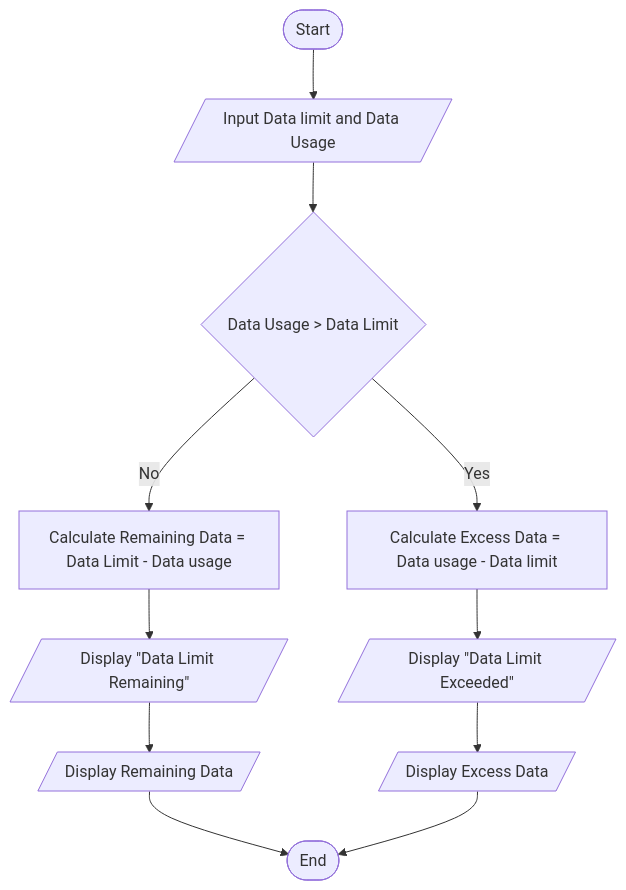
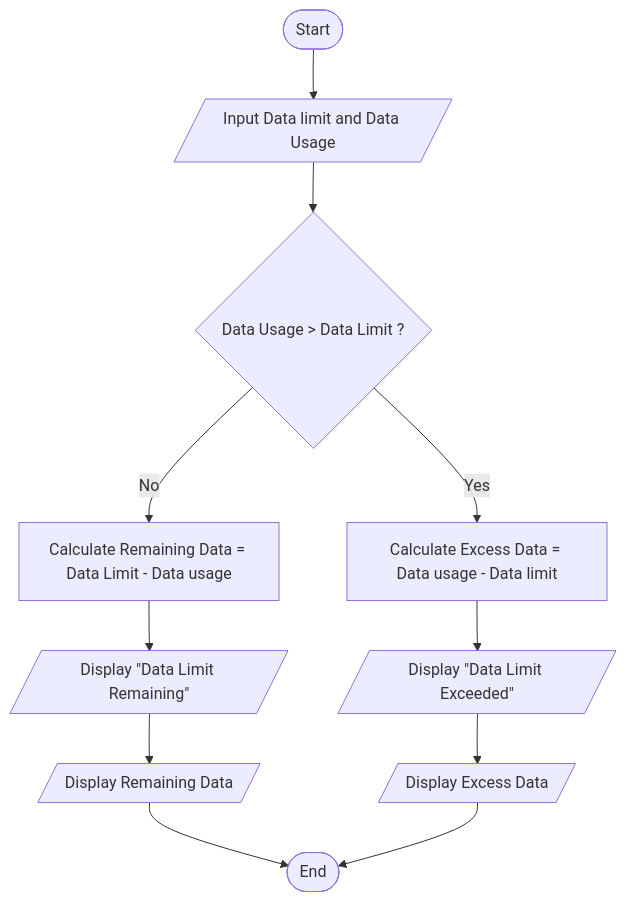
One commit to Padmaqaauto/Flowchart_and_Pseudocode changed the diagram in Algorithms/Mobile_Data.md. Above: the diagram before and after it, drawn with Mermaid. The commit also changed 12 other files, not shown here.

````diff
--- a/Algorithms/Mobile_Data.md
+++ b/Algorithms/Mobile_Data.md
@@ -39,16 +39,16 @@
 ```mermaid
 
 flowchart TD
 
     A(["Start"]) --> B[/Input Data limit and Data Usage/]
-    B --> C{"Data Usage > Data Limit"}
+    B --> C{"Data Usage > Data Limit ?"}
     C --> |Yes| D["Calculate Excess Data = Data usage - Data limit"]
     D --> E[/Display "Data Limit Exceeded" /]
     E --> F[/Display Excess Data/]
     C --> |No| G["Calculate Remaining Data = Data Limit - Data usage"]
     G --> H[/Display "Data Limit Remaining"/]
     H --> I[/Display Remaining Data/]
     I --> J(["End"])
     F --> J
 
 ```
````
